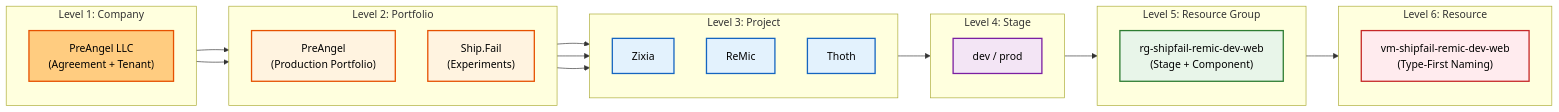
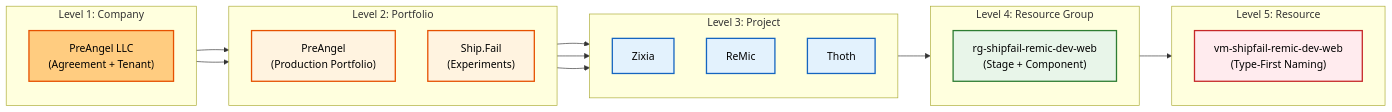
Before and after one commit to wechaty/jekyll: the diagram in jekyll/_posts/2025-11-29-vibe-coding-cloud-protocol.md, drawn with Mermaid. The commit also changed other lines of this file, not shown here.

Commit message:
docs: update Vibe Coding Cloud Protocol to clarify the levels of naming and resource organization

````diff
--- a/jekyll/_posts/2025-11-29-vibe-coding-cloud-protocol.md
+++ b/jekyll/_posts/2025-11-29-vibe-coding-cloud-protocol.md
@@ -60,53 +60,46 @@
 ```mermaid
 graph LR
     %% Styling
     classDef l1 fill:#ffcc80,stroke:#e65100,stroke-width:2px,color:black
     classDef l2 fill:#fff3e0,stroke:#e65100,stroke-width:2px,color:black
     classDef l3 fill:#e3f2fd,stroke:#1565c0,stroke-width:2px,color:black
-    classDef l4 fill:#f3e5f5,stroke:#7b1fa2,stroke-width:2px,color:black
-    classDef l5 fill:#e8f5e9,stroke:#2e7d32,stroke-width:2px,color:black
-    classDef l6 fill:#ffebee,stroke:#c62828,stroke-width:2px,color:black
+    classDef l4 fill:#e8f5e9,stroke:#2e7d32,stroke-width:2px,color:black
+    classDef l5 fill:#ffebee,stroke:#c62828,stroke-width:2px,color:black
 
     subgraph Level1 ["Level 1: Company"]
         direction TB
         Root["PreAngel LLC<br/>(Agreement + Tenant)"]:::l1
     end
 
     subgraph Level2 ["Level 2: Portfolio"]
         direction TB
         Umb1["PreAngel<br/>(Production Portfolio)"]:::l2
         Umb2["Ship.Fail<br/>(Experiments)"]:::l2
     end
 
     subgraph Level3 ["Level 3: Project"]
         direction TB
         Prj1["Zixia"]:::l3
         Prj2["ReMic"]:::l3
         Prj3["Thoth"]:::l3
     end
 
-    subgraph Level4 ["Level 4: Stage"]
+    subgraph Level4 ["Level 4: Resource Group"]
         direction TB
-        Env["dev / prod"]:::l4
+        RG["rg-shipfail-remic-dev-web<br/>(Stage + Component)"]:::l4
     end
 
-    subgraph Level5 ["Level 5: Resource Group"]
+    subgraph Level5 ["Level 5: Resource"]
         direction TB
-        RG["rg-shipfail-remic-dev-web<br/>(Stage + Component)"]:::l5
-    end
-
-    subgraph Level6 ["Level 6: Resource"]
-        direction TB
-        Res["vm-shipfail-remic-dev-web<br/>(Type-First Naming)"]:::l6
+        Res["vm-shipfail-remic-dev-web<br/>(Type-First Naming)"]:::l5
     end
 
     %% Connections
     Root --> Umb1 & Umb2
     Umb1 --> Prj1
     Umb2 --> Prj2 & Prj3
     
     %% Focus on one path to keep it readable
-    Prj2 --> Env
-    Env --> RG
+    Prj2 --> RG
     RG --> Res
 ```
````
